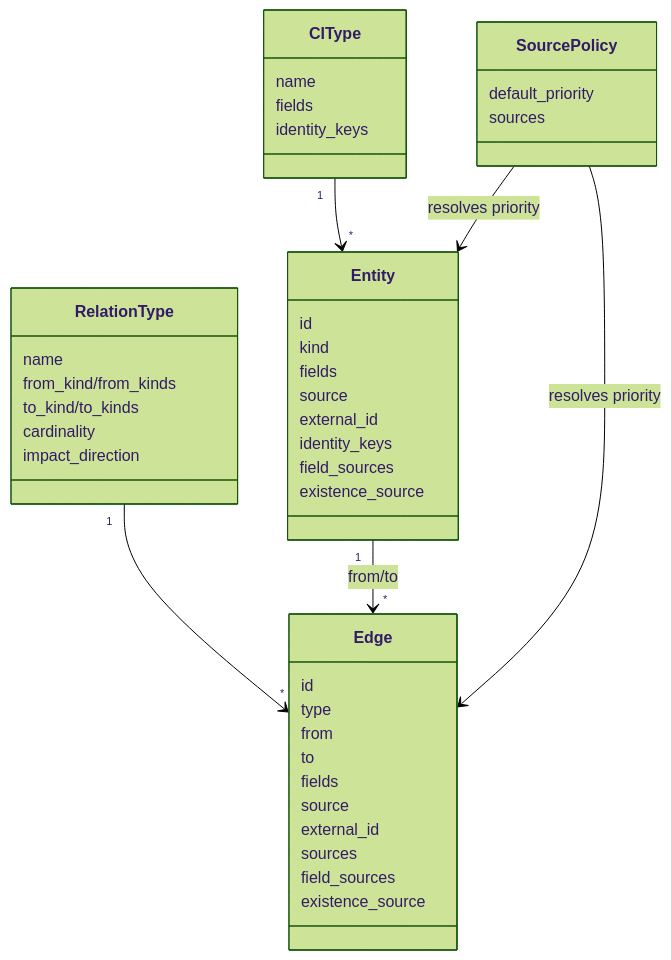
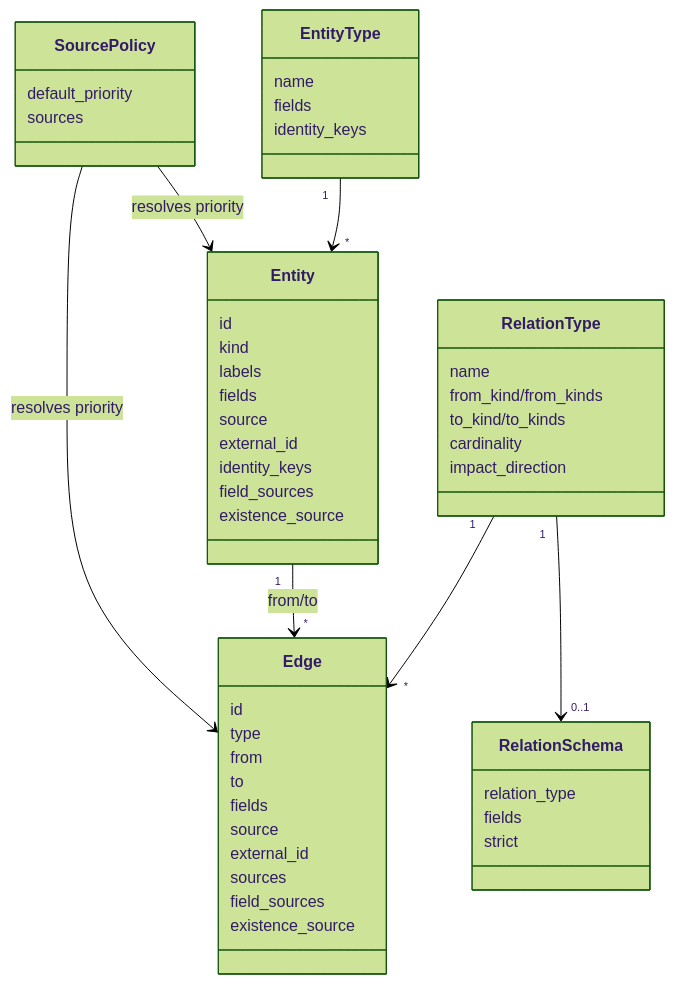
Before and after one commit to SamuelSupe/graphdb: the sixth of 7 diagrams in docs/architecture.md, drawn with Mermaid (forest theme). The commit also changed other lines of this file and 280 other files, not shown here.

````diff
--- a/docs/architecture.md
+++ b/docs/architecture.md
@@ -251,51 +278,59 @@
 ```mermaid
 classDiagram
   class Entity {
     id
     kind
+    labels
     fields
     source
     external_id
     identity_keys
     field_sources
     existence_source
   }
 
   class Edge {
     id
     type
     from
     to
     fields
     source
     external_id
     sources
     field_sources
     existence_source
   }
 
-  class CIType {
+  class EntityType {
     name
     fields
     identity_keys
   }
 
   class RelationType {
     name
     from_kind/from_kinds
     to_kind/to_kinds
     cardinality
     impact_direction
   }
 
+  class RelationSchema {
+    relation_type
+    fields
+    strict
+  }
+
   class SourcePolicy {
     default_priority
     sources
   }
 
-  CIType "1" --> "*" Entity
+  EntityType "1" --> "*" Entity
   RelationType "1" --> "*" Edge
+  RelationType "1" --> "0..1" RelationSchema
   Entity "1" --> "*" Edge : from/to
   SourcePolicy --> Entity : resolves priority
   SourcePolicy --> Edge : resolves priority
 ```
````
